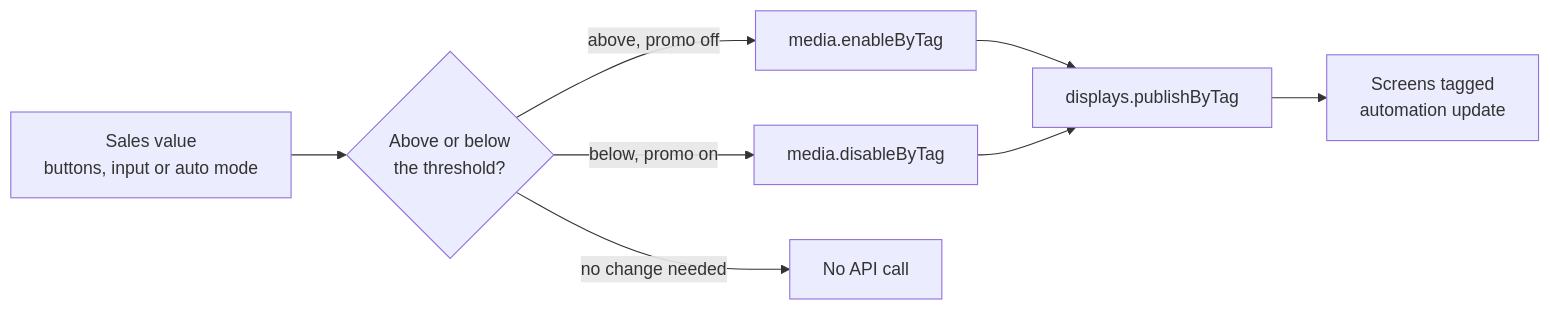
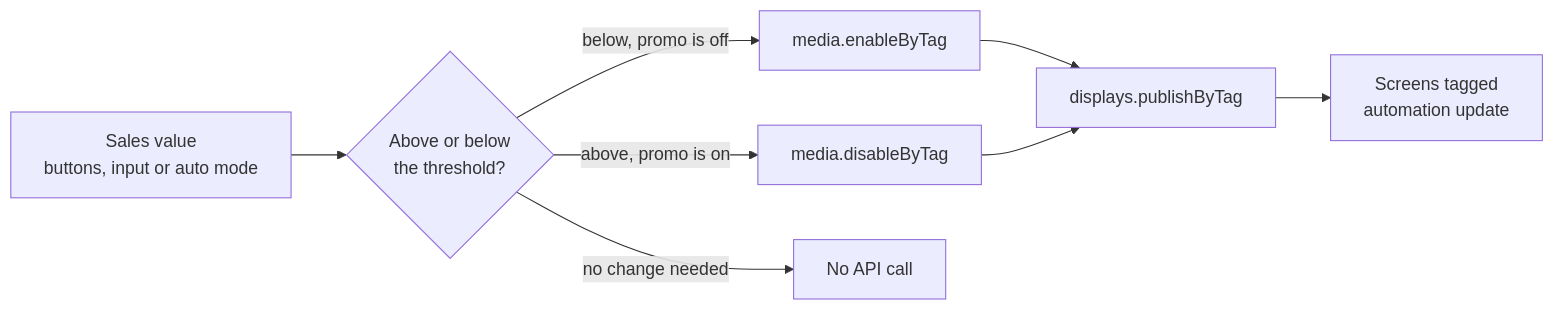
The diagram in README.md (easysignage/Digital-Signage-Sales-driven-promotions), drawn with Mermaid before and after one commit. The commit also changed other lines of this file and 7 other files, not shown here.

````diff
--- a/README.md
+++ b/README.md
@@ -28,10 +28,10 @@
 ```mermaid
 flowchart LR
   A[Sales value<br/>buttons, input or auto mode] --> B{Above or below<br/>the threshold?}
-  B -- above, promo off --> C[media.enableByTag]
-  B -- below, promo on --> D[media.disableByTag]
+  B -- below, promo is off --> C[media.enableByTag]
+  B -- above, promo is on --> D[media.disableByTag]
   B -- no change needed --> E[No API call]
   C --> F[displays.publishByTag]
   D --> F
   F --> G[Screens tagged<br/>automation update]
 ```
````
